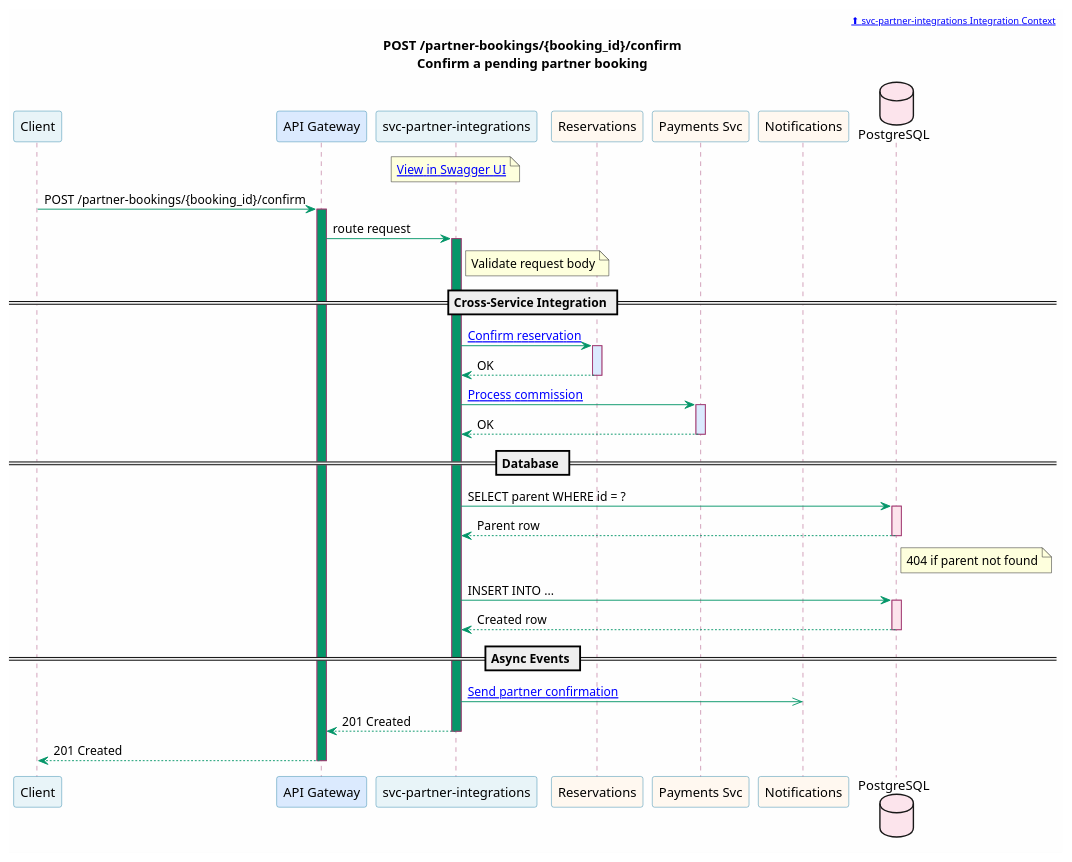
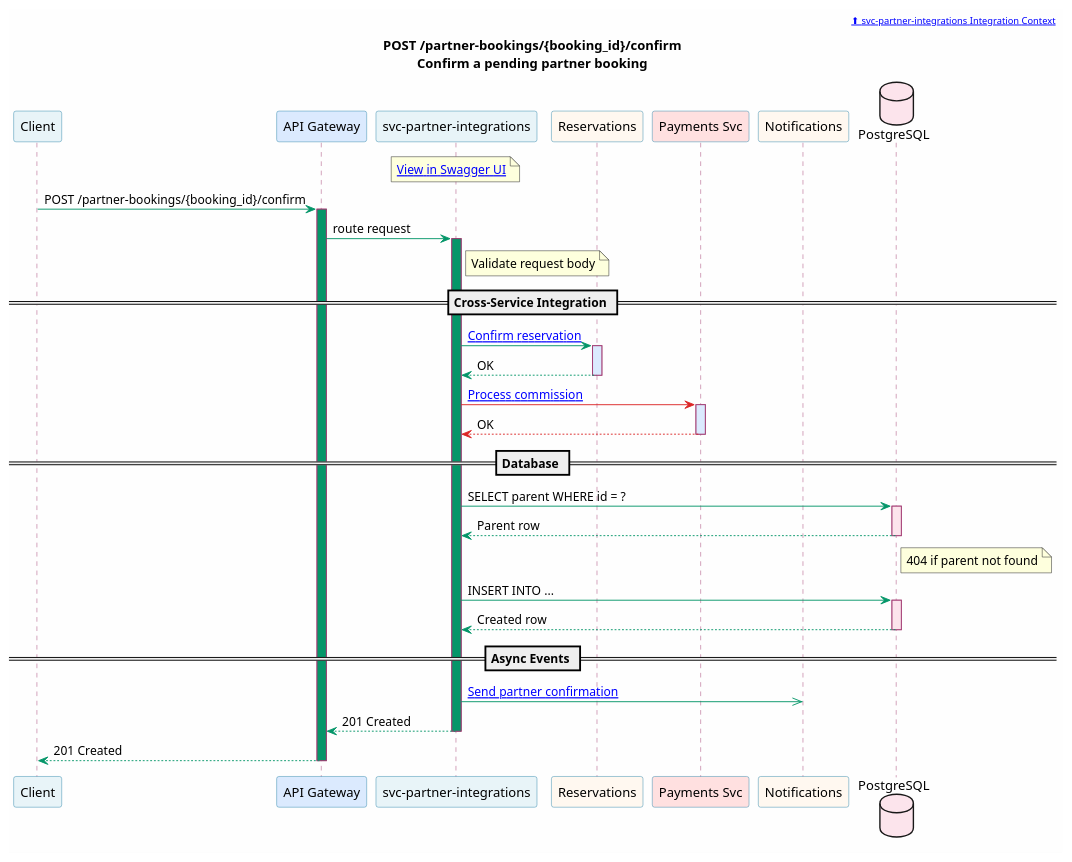
The diagram in portal/site/microservices/puml/svc-partner-integrations--post-partner-bookings-booking_id-confirm.puml (christopherblaisdell/continuous-architecture-platform-poc), drawn with PlantUML before and after one commit. The commit also changed 60 other files, not shown here.

First line of the commit message:
PCI DSS compliance zone with Payment Gateway and red data flow lines

```diff
--- a/portal/site/microservices/puml/svc-partner-integrations--post-partner-bookings-booking_id-confirm.puml
+++ b/portal/site/microservices/puml/svc-partner-integrations--post-partner-bookings-booking_id-confirm.puml
@@ -1,74 +1,74 @@
 @startuml svc-partner-integrations--post-partner-bookings-booking_id-confirm
 
 skinparam backgroundColor #FEFEFE
 skinparam shadowing false
 skinparam defaultFontName "Segoe UI"
 skinparam sequence {
     ArrowColor #059669
     ParticipantBorderColor #2E86AB
     ParticipantBackgroundColor #E8F4F8
     LifeLineBorderColor #A23B72
     BoxBorderColor #F18F01
     BoxBackgroundColor #FFF8F0
     NoteBorderColor #c77b30
     NoteBackgroundColor #FEF3E7
 }
 
 header [[/microservices/svc-partner-integrations/#integration-context ⬆ svc-partner-integrations Integration Context]]
 
 title POST /partner-bookings/{booking_id}/confirm\nConfirm a pending partner booking
 
 participant "Client" as Client [[/applications/]]
 participant "API Gateway" as GW #DBEAFE
 participant "svc-partner-integrations" as Svc [[/microservices/svc-partner-integrations/]] #E8F4F8
 participant "Reservations" as Res [[/microservices/svc-reservations/]] #FFF8F0
-participant "Payments Svc" as Pay [[/microservices/svc-payments/]] #FFF8F0
+participant "Payments Svc" as Pay [[/microservices/svc-payments/]] #FFE0E0
 participant "Notifications" as Ntfy [[/microservices/svc-notifications/]] #FFF8F0
 database "PostgreSQL" as DB #FCE4EC
 
 note over Svc
   [[/services/api/svc-partner-integrations.html#/Partner%20Bookings/confirmPartnerBooking View in Swagger UI]]
 end note
 
 Client -> GW : POST /partner-bookings/{booking_id}/confirm
 activate GW #059669
 GW -> Svc : route request
 activate Svc #059669
 
 note right of Svc : Validate request body
 
 == Cross-Service Integration ==
 
 Svc -> Res : [[/microservices/svc-reservations/#put-reservationsreservation_idstatus-transition-reservation-status Confirm reservation]]
 activate Res #DBEAFE
 Res --> Svc : OK
 deactivate Res
 
-Svc -> Pay : [[/microservices/svc-payments/#post-payments-process-a-payment Process commission]]
+Svc -[#DC2626]> Pay : [[/microservices/svc-payments/#post-payments-process-a-payment Process commission]]
 activate Pay #DBEAFE
-Pay --> Svc : OK
+Pay --[#DC2626]> Svc : OK
 deactivate Pay
 
 == Database ==
 
 Svc -> DB : SELECT parent WHERE id = ?
 activate DB #FCE4EC
 DB --> Svc : Parent row
 deactivate DB
 note right of DB : 404 if parent not found
 
 Svc -> DB : INSERT INTO ...
 activate DB #FCE4EC
 DB --> Svc : Created row
 deactivate DB
 
 == Async Events ==
 
 Svc ->> Ntfy : [[/microservices/svc-notifications/#post-notifications-send-a-notification Send partner confirmation]]
 
 Svc --> GW : 201 Created
 deactivate Svc
 GW --> Client : 201 Created
 deactivate GW
 
 @enduml
```
